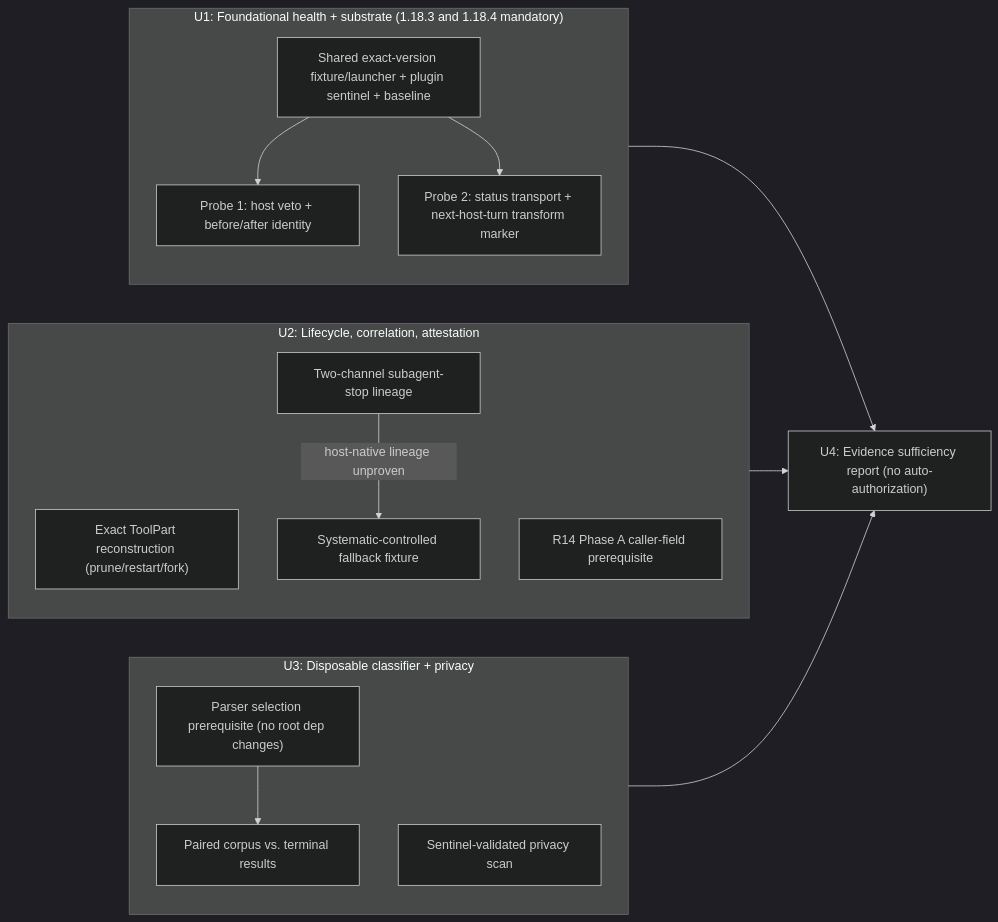
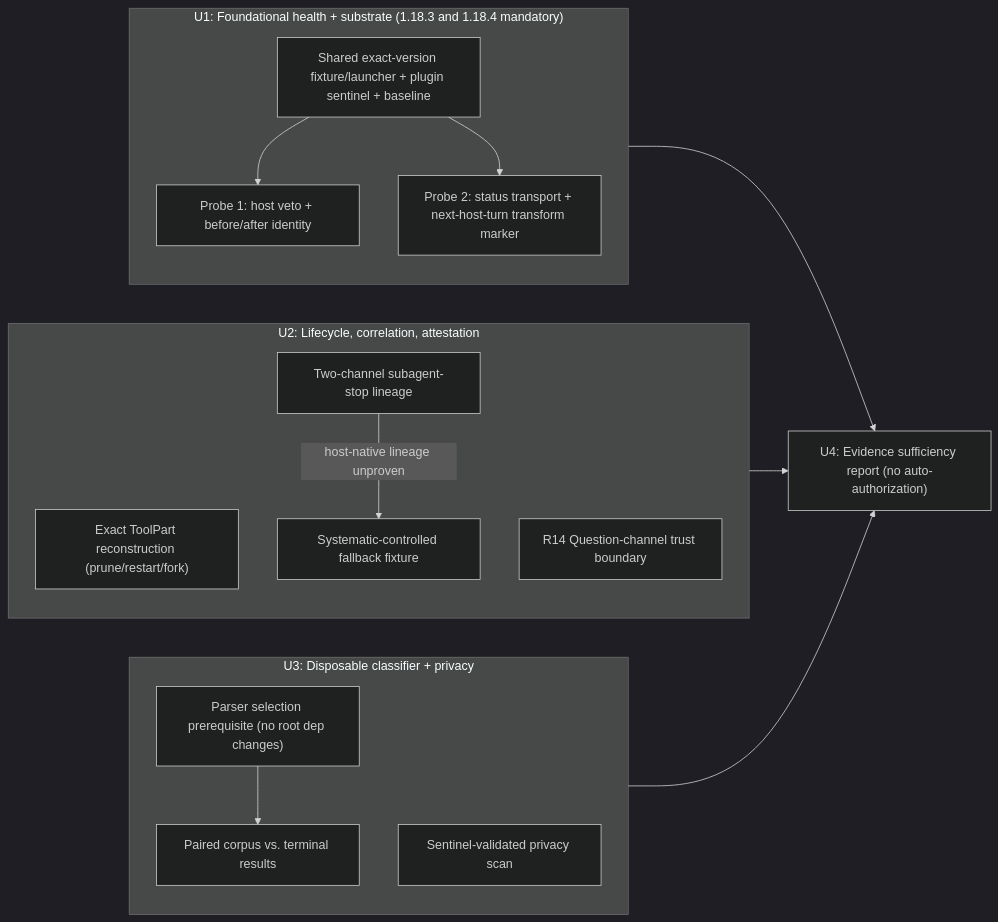
The diagram in docs/plans/2026-07-21-002-test-receipt-workflow-capabilities-plan.md (marcusrbrown/systematic), drawn with Mermaid (dark theme) before and after one commit. The commit also changed other lines of this file, not shown here.

First line of the commit message:
docs(plan): correct attestation trust boundary

````diff
--- a/docs/plans/2026-07-21-002-test-receipt-workflow-capabilities-plan.md
+++ b/docs/plans/2026-07-21-002-test-receipt-workflow-capabilities-plan.md
@@ -151,26 +151,26 @@
 ```mermaid
 flowchart LR
   subgraph U1["U1: Foundational health + substrate (1.18.3 and 1.18.4 mandatory)"]
     H["Shared exact-version fixture/launcher + plugin sentinel + baseline"]
     C["Probe 1: host veto + before/after identity"]
     S["Probe 2: status transport + next-host-turn transform marker"]
     H --> C & S
   end
   subgraph U2["U2: Lifecycle, correlation, attestation"]
     L["Exact ToolPart reconstruction (prune/restart/fork)"]
     P["Two-channel subagent-stop lineage"]
     F["Systematic-controlled fallback fixture"]
-    T["R14 Phase A caller-field prerequisite"]
+    T["R14 Question-channel trust boundary"]
     P -- "host-native lineage unproven" --> F
   end
   subgraph U3["U3: Disposable classifier + privacy"]
     K["Parser selection prerequisite (no root dep changes)"]
     O["Paired corpus vs. terminal results"]
     Z["Sentinel-validated privacy scan"]
     K --> O
   end
   U1 --> U4
   U2 --> U4
   U3 --> U4
   U4["U4: Evidence sufficiency report (no auto-authorization)"]
 ```
````
